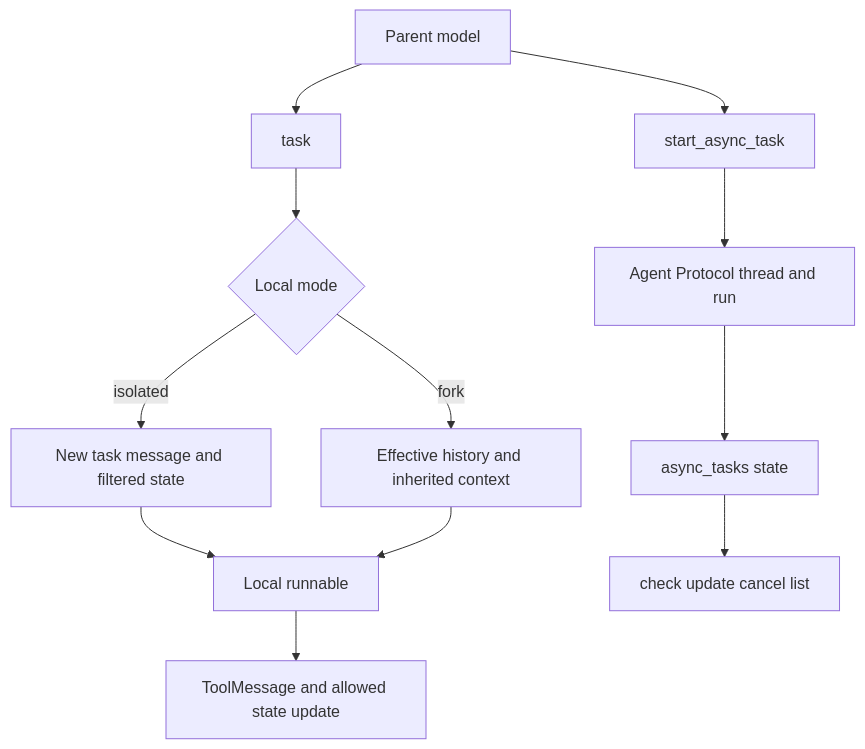
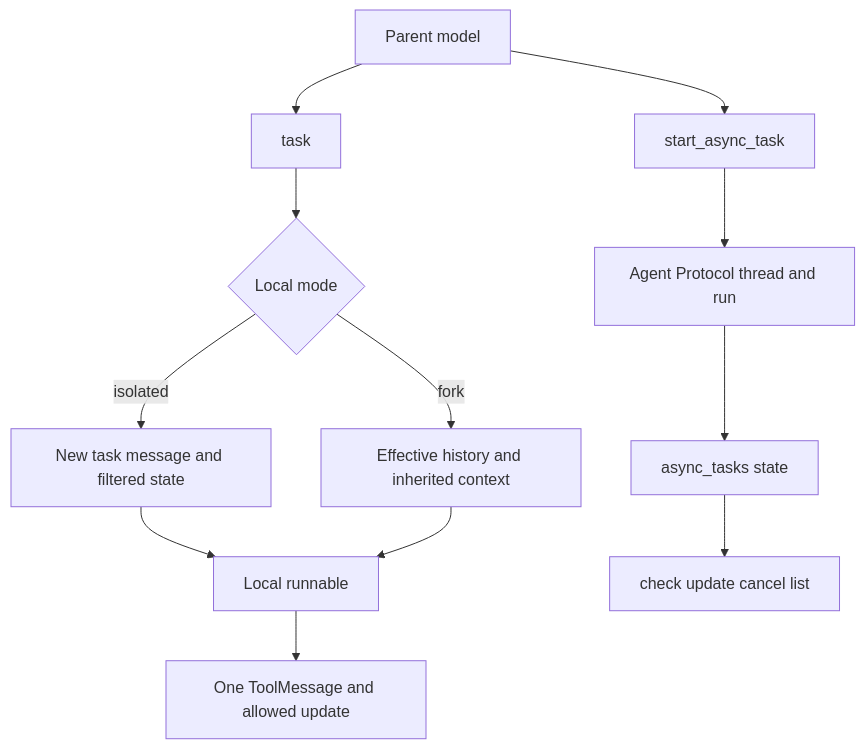
The first of 3 diagrams in openwiki/concepts/subagents-skills.md (langchain-ai/deepagents), drawn with Mermaid before and after one commit. The commit also changed other lines of this file and 35 other files, not shown here.

````diff
--- a/openwiki/concepts/subagents-skills.md
+++ b/openwiki/concepts/subagents-skills.md
@@ -43,14 +41,14 @@
 ```mermaid
 flowchart TD
     Parent["Parent model"] --> Task["task"]
-    Task --> Mode{"Local mode"}
-    Mode -->|"isolated"| Isolated["New task message and filtered state"]
-    Mode -->|"fork"| Fork["Effective history and inherited context"]
+    Task --> Choice{"Local mode"}
+    Choice -->|"isolated"| Isolated["New task message and filtered state"]
+    Choice -->|"fork"| Fork["Effective history and inherited context"]
     Isolated --> Local["Local runnable"]
     Fork --> Local
-    Local --> Result["ToolMessage and allowed state update"]
+    Local --> Result["One ToolMessage and allowed update"]
     Parent --> Start["start_async_task"]
     Start --> Remote["Agent Protocol thread and run"]
     Remote --> Tasks["async_tasks state"]
     Tasks --> Manage["check update cancel list"]
 ```
````
